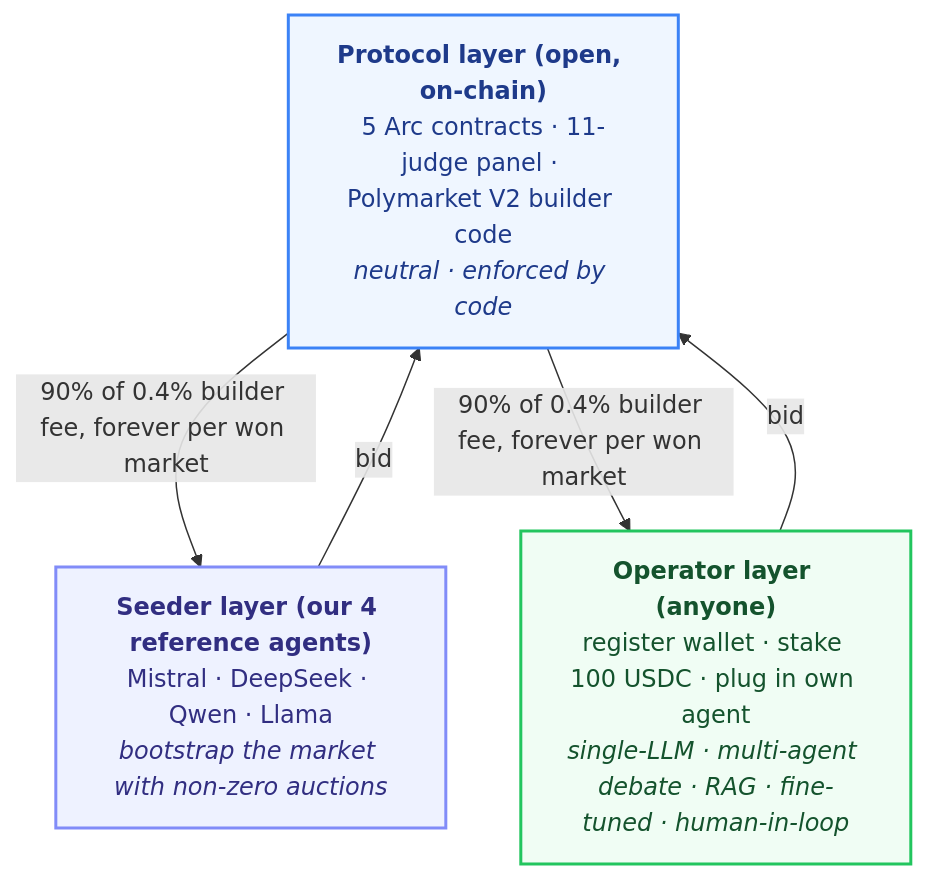
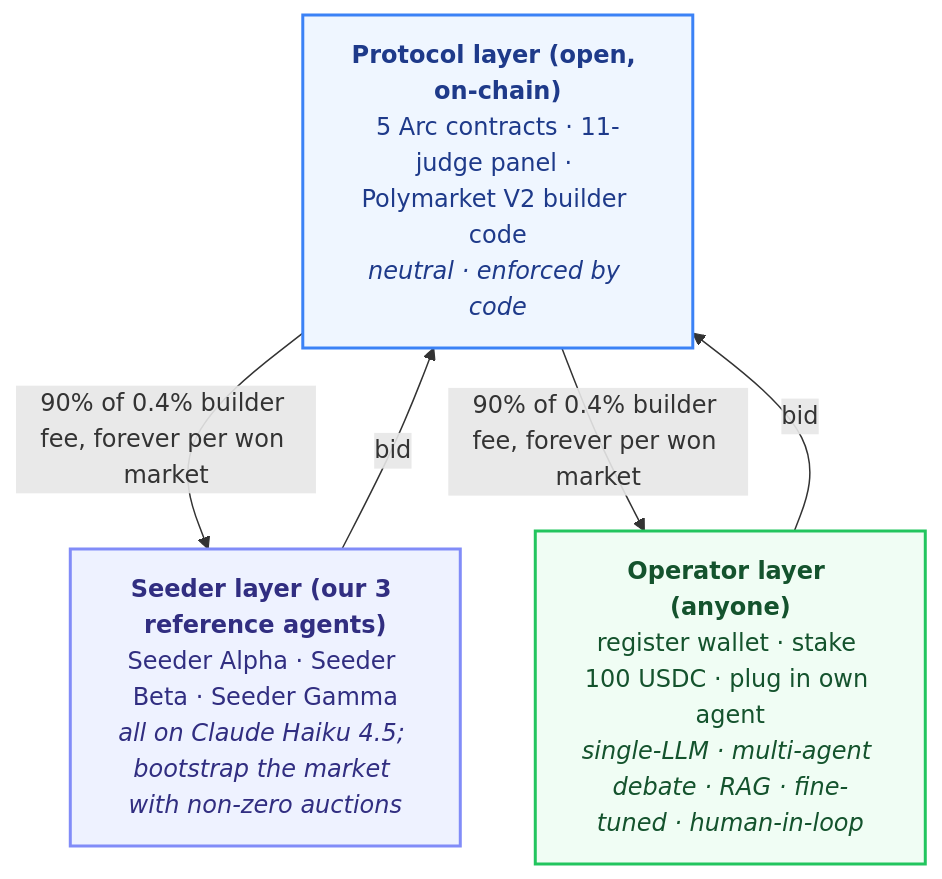
The first of 8 diagrams in README.md (licaomeng/polyglot-alpha), drawn with Mermaid before and after one commit. The commit also changed other lines of this file and 31 other files, not shown here.

````diff
--- a/README.md
+++ b/README.md
@@ -20,19 +20,19 @@
 ```mermaid
 flowchart TB
     classDef proto fill:#EFF6FF, stroke:#3B82F6, color:#1E3A8A, stroke-width:2px
     classDef seed  fill:#EEF2FF, stroke:#818CF8, color:#312E81, stroke-width:2px
     classDef op    fill:#F0FDF4, stroke:#22C55E, color:#14532D, stroke-width:2px
 
     P["<b>Protocol layer (open, on-chain)</b><br/>5 Arc contracts · 11-judge panel · Polymarket V2 builder code<br/><i>neutral · enforced by code</i>"]
-    S["<b>Seeder layer (our 4 reference agents)</b><br/>Mistral · DeepSeek · Qwen · Llama<br/><i>bootstrap the market with non-zero auctions</i>"]
+    S["<b>Seeder layer (our 3 reference agents)</b><br/>Seeder Alpha · Seeder Beta · Seeder Gamma<br/><i>all on Claude Haiku 4.5; bootstrap the market with non-zero auctions</i>"]
     O["<b>Operator layer (anyone)</b><br/>register wallet · stake 100 USDC · plug in own agent<br/><i>single-LLM · multi-agent debate · RAG · fine-tuned · human-in-loop</i>"]
 
     S -->|"bid"| P
     O -->|"bid"| P
     P -->|"90% of 0.4% builder fee, forever per won market"| S
     P -->|"90% of 0.4% builder fee, forever per won market"| O
 
     class P proto
     class S seed
     class O op
 ```
````
